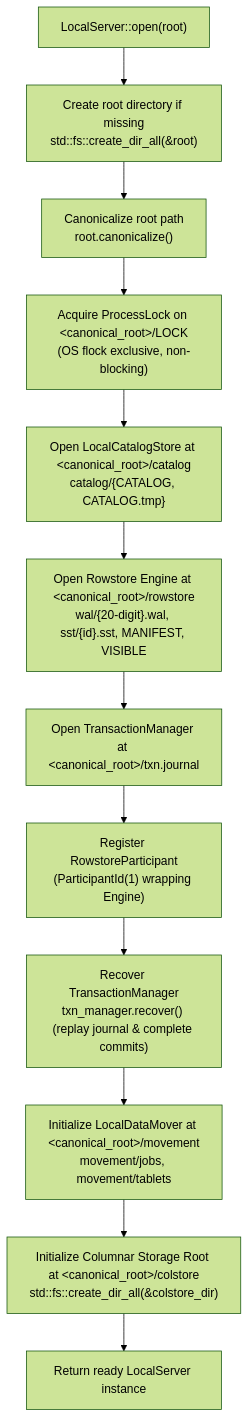
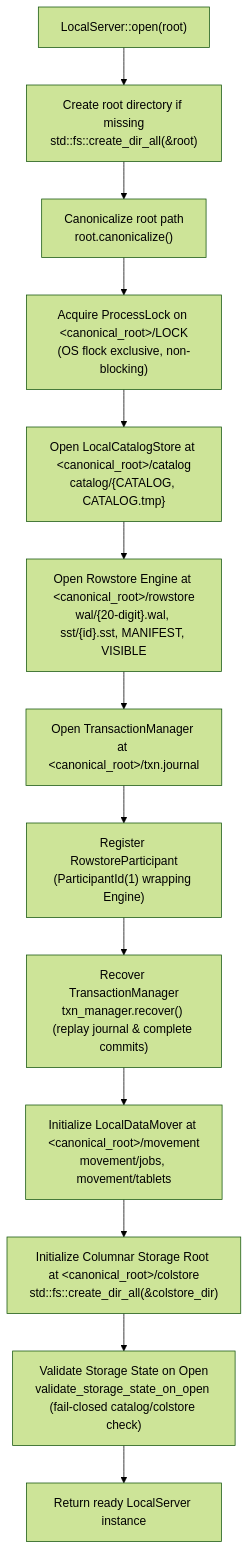
One commit to scarecrowgit/fluidb changed the diagram in docs/OPERATIONS.md. Above: the diagram before and after it, drawn with Mermaid (forest theme). The commit also changed other lines of this file and 7 other files, not shown here.

````diff
--- a/docs/OPERATIONS.md
+++ b/docs/OPERATIONS.md
@@ -57,14 +57,15 @@
 ```mermaid
 flowchart TD
     Start["LocalServer::open(root)"] --> Mkdir["Create root directory if missing<br/>std::fs::create_dir_all(&amp;root)"]
     Mkdir --> Canon["Canonicalize root path<br/>root.canonicalize()"]
     Canon --> Lock["Acquire ProcessLock on &lt;canonical_root&gt;/LOCK<br/>(OS flock exclusive, non-blocking)"]
     Lock --> Catalog["Open LocalCatalogStore at &lt;canonical_root&gt;/catalog<br/>catalog/{CATALOG, CATALOG.tmp}"]
     Catalog --> Rowstore["Open Rowstore Engine at &lt;canonical_root&gt;/rowstore<br/>wal/{20-digit}.wal, sst/{id}.sst, MANIFEST, VISIBLE"]
     Rowstore --> TxnJourn["Open TransactionManager at &lt;canonical_root&gt;/txn.journal"]
     TxnJourn --> Part1["Register RowstoreParticipant<br/>(ParticipantId(1) wrapping Engine)"]
     Part1 --> Recov["Recover TransactionManager<br/>txn_manager.recover() (replay journal & complete commits)"]
     Recov --> Move["Initialize LocalDataMover at &lt;canonical_root&gt;/movement<br/>movement/jobs, movement/tablets"]
     Move --> Colstore["Initialize Columnar Storage Root at &lt;canonical_root&gt;/colstore<br/>std::fs::create_dir_all(&amp;colstore_dir)"]
-    Colstore --> Ready["Return ready LocalServer instance"]
+    Colstore --> ValStor["Validate Storage State on Open<br/>validate_storage_state_on_open (fail-closed catalog/colstore check)"]
+    ValStor --> Ready["Return ready LocalServer instance"]
 ```
````
